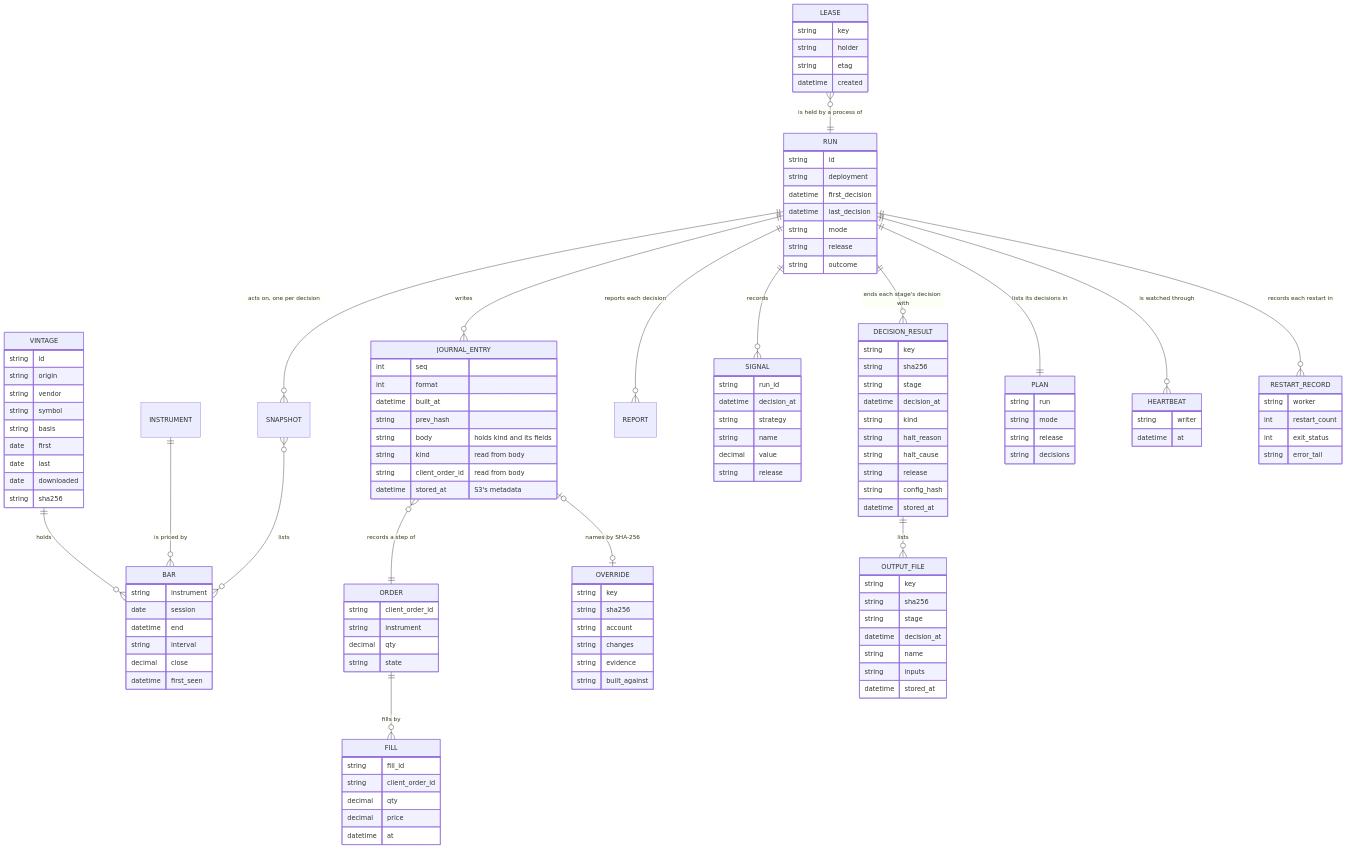
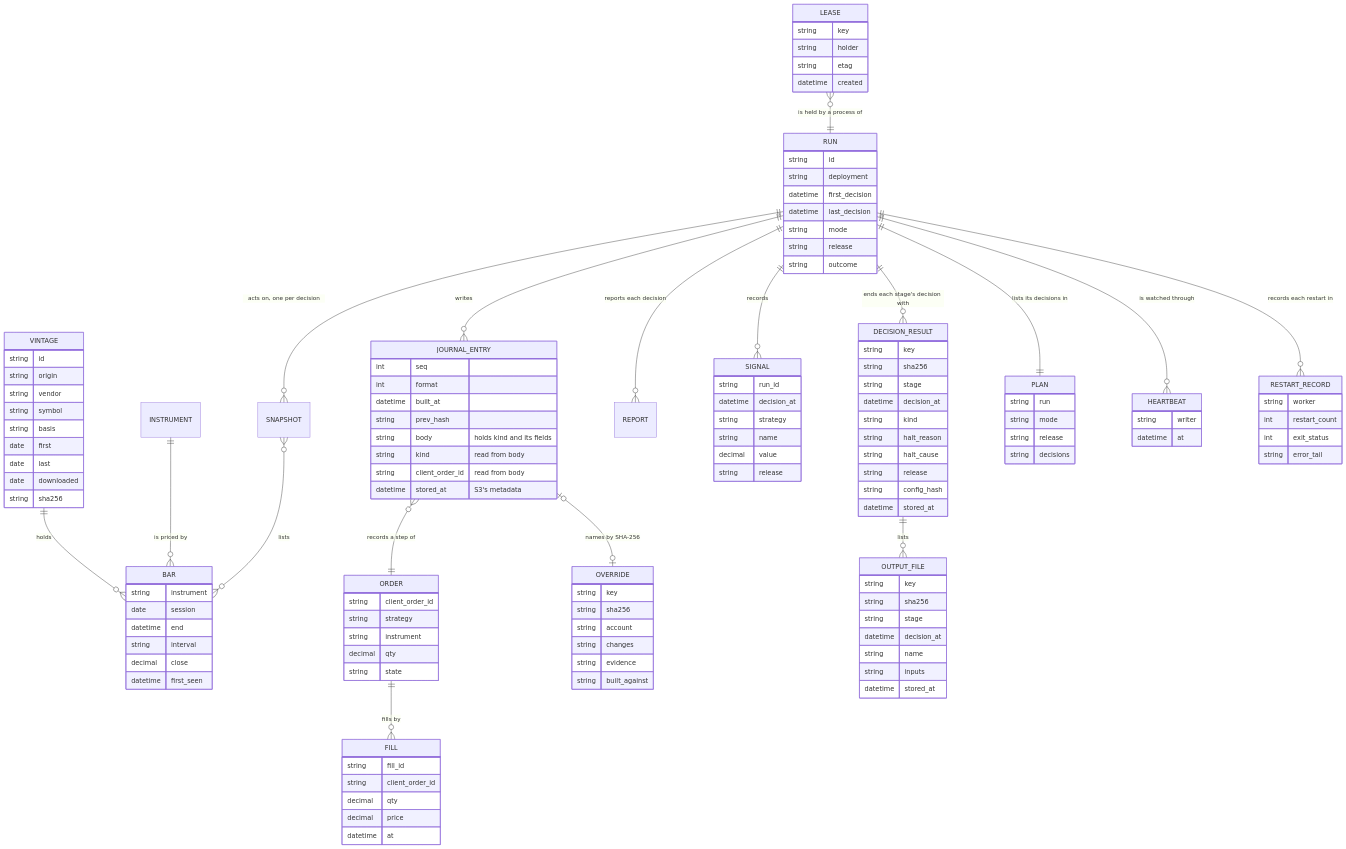
Diagram 14 of 16 in docs/architecture.md (l3a0/ithildin-runtime), drawn with Mermaid before and after one commit. The commit also changed other lines of this file and 1 other file, not shown here.

First line of the commit message:
docs(design): stamp the platform's orders by strategy and ignore orders placed by hand

```diff
--- a/docs/architecture.md
+++ b/docs/architecture.md
@@ -1664,8 +1659,9 @@
         string client_order_id "read from body"
         datetime stored_at "S3's metadata"
     }
-    ORDER {
+        ORDER {
         string client_order_id
+        string strategy
         string instrument
         decimal qty
         string state
```
